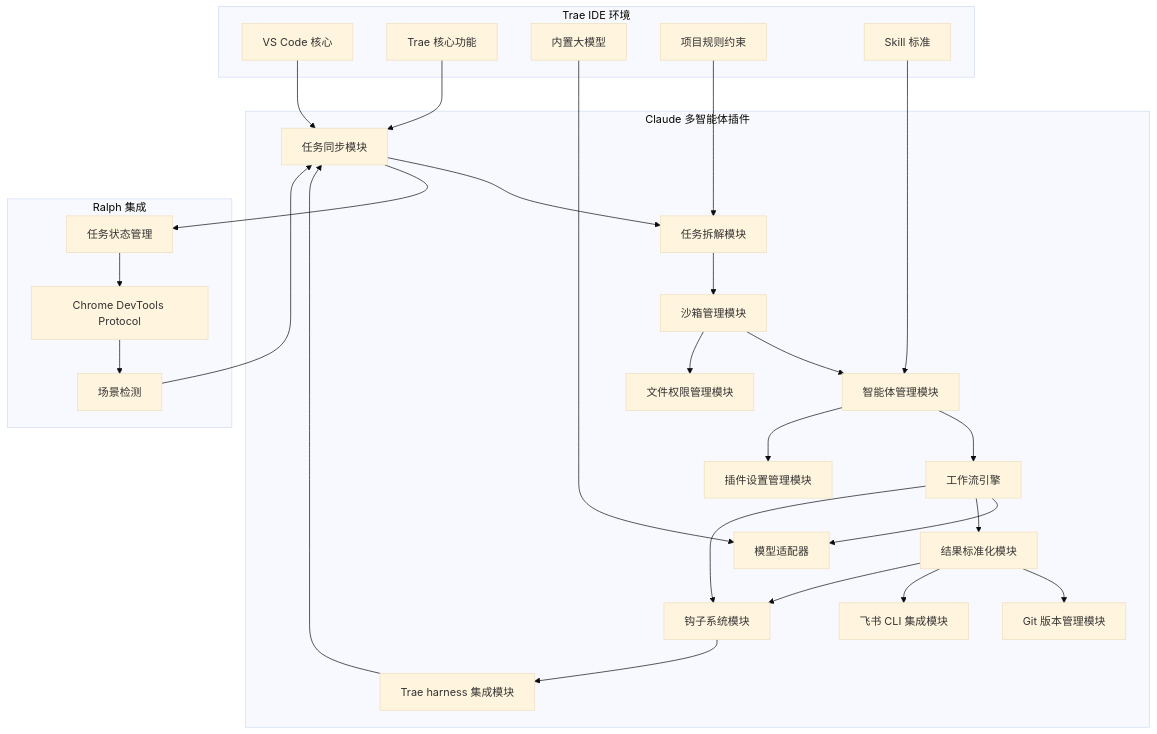
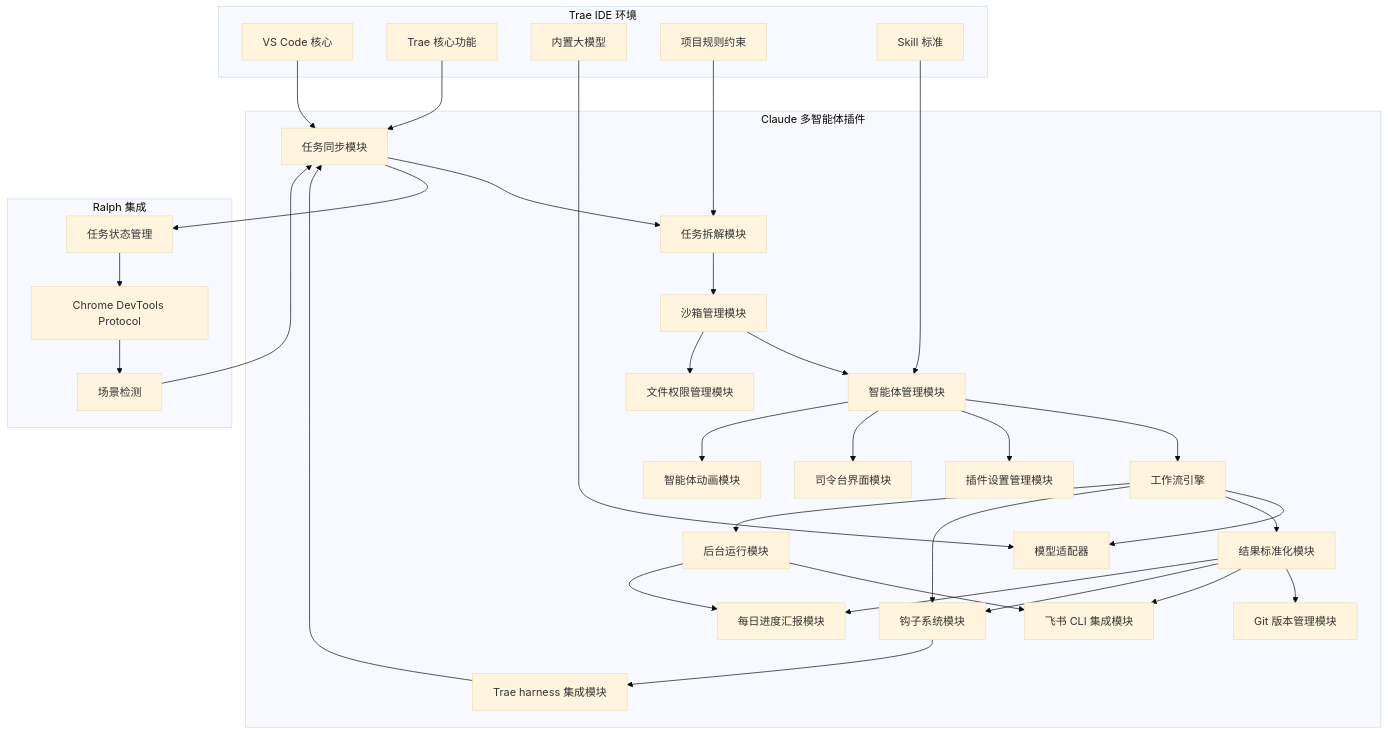
The first of 7 diagrams in docs/superpowers/specs/2026-04-06-trae-claude-multiagent-design.md (jimiechen/cityCloud), drawn with Mermaid (base theme) before and after one commit. The commit also changed other lines of this file, not shown here.

````diff
--- a/docs/superpowers/specs/2026-04-06-trae-claude-multiagent-design.md
+++ b/docs/superpowers/specs/2026-04-06-trae-claude-multiagent-design.md
@@ -70,58 +80,68 @@
 ```mermaid
 flowchart TD
     subgraph TraeIDE["Trae IDE 环境"]
         VSCode["VS Code 核心"]
         TraeCore["Trae 核心功能"]
         Model["内置大模型"]
         Rules["项目规则约束"]
         Skills["Skill 标准"]
     end
 
     subgraph Plugin["Claude 多智能体插件"]
         TaskSync["任务同步模块"]
         TaskParser["任务拆解模块"]
         SandboxManager["沙箱管理模块"]
         AgentManager["智能体管理模块"]
         WorkflowEngine["工作流引擎"]
         ModelAdapter["模型适配器"]
         ResultStandardizer["结果标准化模块"]
         GitManager["Git 版本管理模块"]
         FeishuCLI["飞书 CLI 集成模块"]
         FilePermission["文件权限管理模块"]
         SettingsManager["插件设置管理模块"]
         HookSystem["钩子系统模块"]
         HarnessIntegration["Trae harness 集成模块"]
+        CommandCenter["司令台界面模块"]
+        AgentAnimation["智能体动画模块"]
+        BackgroundRunner["后台运行模块"]
+        DailyReport["每日进度汇报模块"]
     end
 
     subgraph RalphIntegration["Ralph 集成"]
         TaskManager["任务状态管理"]
         CDP["Chrome DevTools Protocol"]
         ScenarioDetector["场景检测"]
     end
 
     VSCode --> TaskSync
     TraeCore --> TaskSync
     Model --> ModelAdapter
     Rules --> TaskParser
     Skills --> AgentManager
 
     TaskSync --> TaskParser
     TaskParser --> SandboxManager
     SandboxManager --> AgentManager
     AgentManager --> WorkflowEngine
     WorkflowEngine --> ModelAdapter
     WorkflowEngine --> ResultStandardizer
     ResultStandardizer --> GitManager
     ResultStandardizer --> FeishuCLI
     SandboxManager --> FilePermission
     AgentManager --> SettingsManager
     WorkflowEngine --> HookSystem
     ResultStandardizer --> HookSystem
     HookSystem --> HarnessIntegration
     HarnessIntegration --> TaskSync
+    AgentManager --> CommandCenter
+    AgentManager --> AgentAnimation
+    WorkflowEngine --> BackgroundRunner
+    BackgroundRunner --> FeishuCLI
+    BackgroundRunner --> DailyReport
+    ResultStandardizer --> DailyReport
 
     TaskSync --> TaskManager
     TaskManager --> CDP
     CDP --> ScenarioDetector
     ScenarioDetector --> TaskSync
 ```
````
